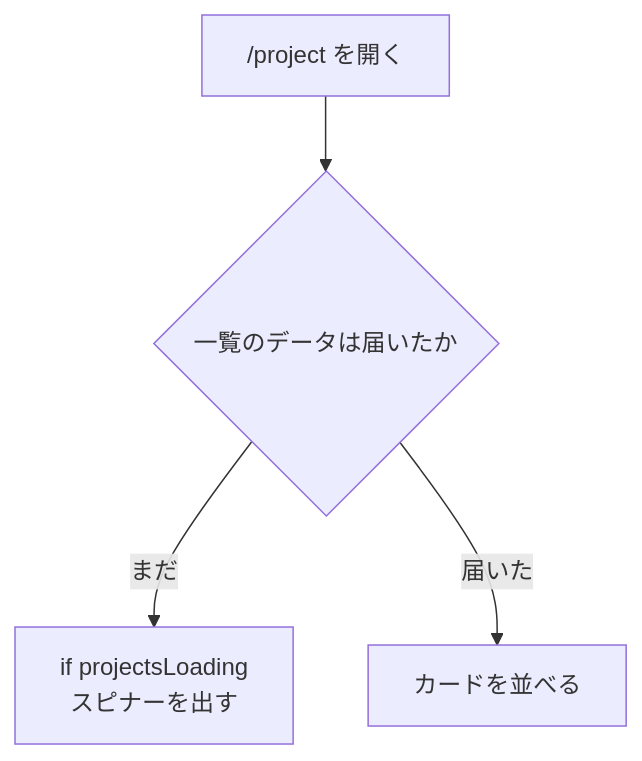
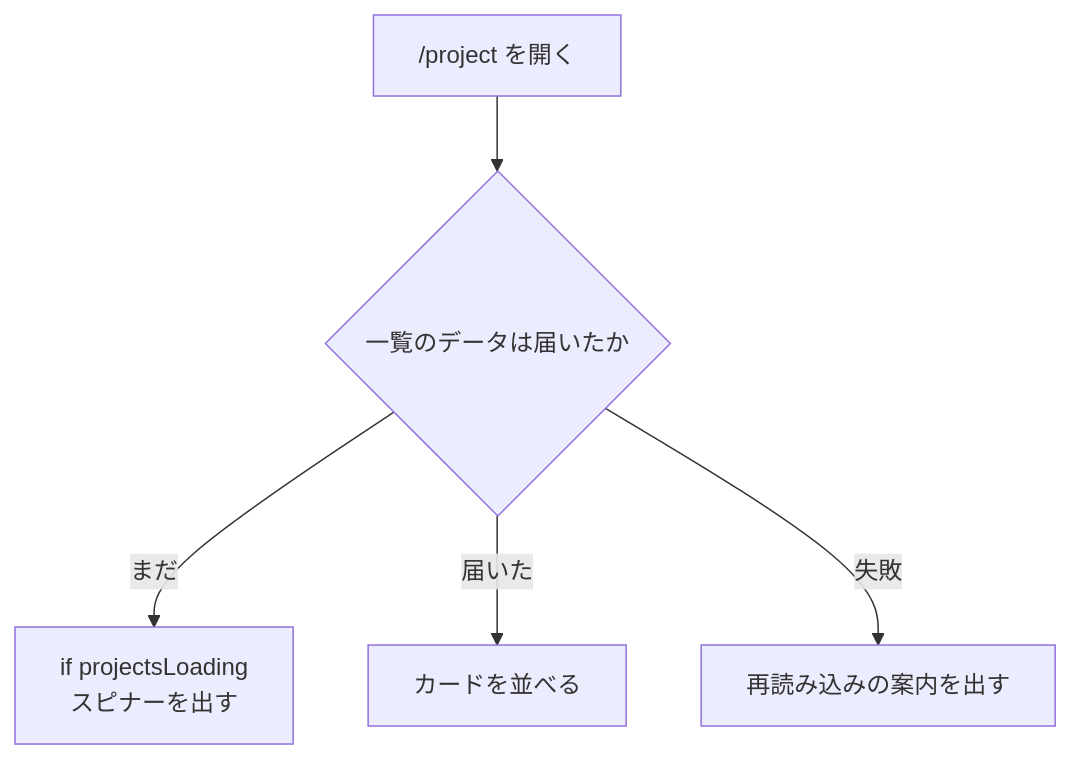
One commit to kouiso/task-app changed the second of 2 diagrams in material/30days-curriculum/day09_プロジェクト一覧画面.md. Above: the diagram before and after it, drawn with Mermaid. The commit also changed other lines of this file and 250 other files, not shown here.

````diff
--- a/material/30days-curriculum/day09_プロジェクト一覧画面.md
+++ b/material/30days-curriculum/day09_プロジェクト一覧画面.md
@@ -447,6 +473,7 @@
 ```mermaid
 flowchart TB
     A["/project を開く"] --> D{"一覧のデータは届いたか"}
     D -->|"まだ"| E["if projectsLoading<br/>スピナーを出す"]
     D -->|"届いた"| F["カードを並べる"]
+    D -->|"失敗"| G["再読み込みの案内を出す"]
 ```
````
